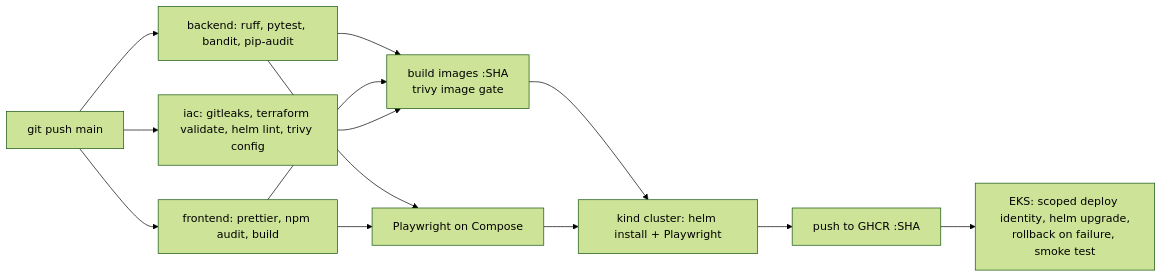
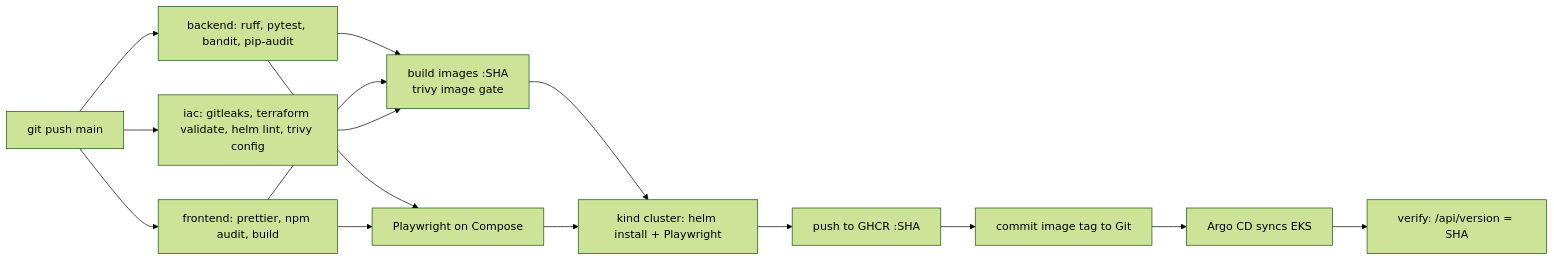
The third of 3 diagrams in docs/ARCHITECTURE.md (sanaa-duhh/Seatlock_Devops), drawn with Mermaid (forest theme) before and after one commit. The commit also changed other lines of this file and 2 other files, not shown here.

Commit message:
Document the GitOps flow and add known issues and limitations

````diff
--- a/docs/ARCHITECTURE.md
+++ b/docs/ARCHITECTURE.md
@@ -53,11 +53,13 @@
 ```mermaid
 flowchart LR
     Push[git push main] --> T[backend: ruff, pytest, bandit, pip-audit]
     Push --> F[frontend: prettier, npm audit, build]
     Push --> I[iac: gitleaks, terraform validate, helm lint, trivy config]
     T & F & I --> B[build images :SHA<br/>trivy image gate]
     T & F --> E[Playwright on Compose]
     B & E --> K[kind cluster: helm install + Playwright]
     K --> P[push to GHCR :SHA]
-    P --> D[EKS: scoped deploy identity, helm upgrade,<br/>rollback on failure, smoke test]
+    P --> G[commit image tag to Git]
+    G --> A[Argo CD syncs EKS]
+    A --> V[verify: /api/version = SHA]
 ```
````
